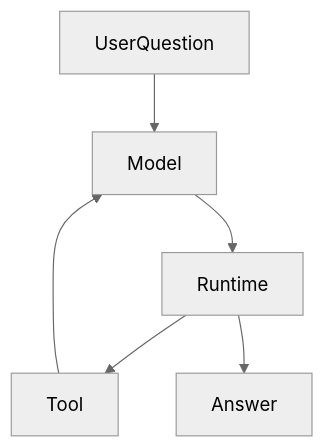
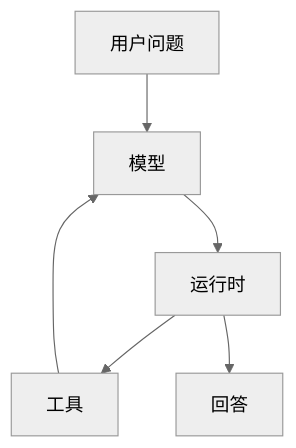
One commit to hpoenixf/eff-agent-article changed the diagram in articles/runtime-model-protocol-boundary-agent-article-v2.md. Above: the diagram before and after it, drawn with Mermaid (neutral theme). The commit also changed 52 other files, not shown here.

Commit message:
docs: localize diagrams and clarify flagship guides

````diff
--- a/articles/runtime-model-protocol-boundary-agent-article-v2.md
+++ b/articles/runtime-model-protocol-boundary-agent-article-v2.md
@@ -45,8 +45,8 @@
 ```mermaid
 graph TD
-UserQuestion --> Model
-Model --> Runtime
-Runtime --> Tool
+UserQuestion["用户问题"] --> Model["模型"]
+Model --> Runtime["运行时"]
+Runtime --> Tool["工具"]
 Tool --> Model
-Runtime --> Answer
+Runtime --> Answer["回答"]
 ```
````
